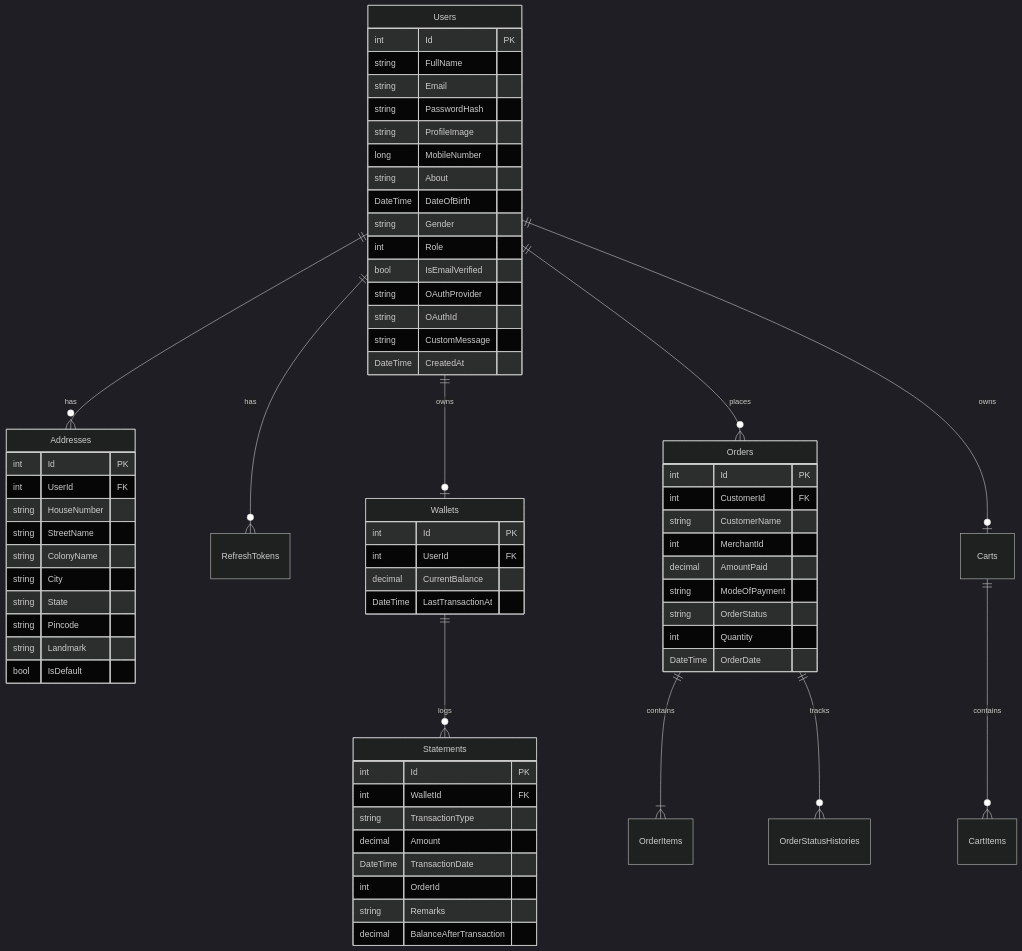
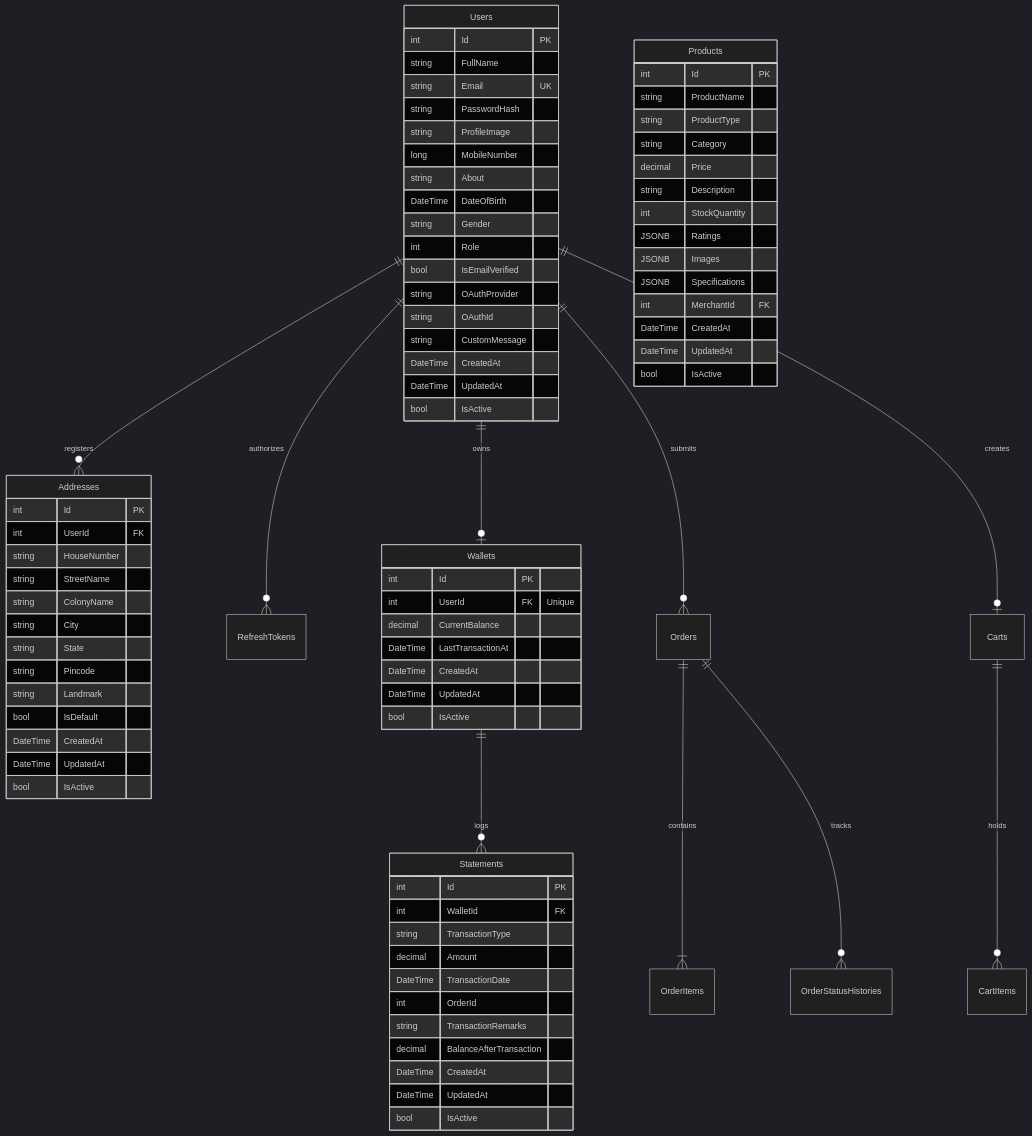
The second of 6 diagrams in README.md (sankalp7060/Basic-Games), drawn with Mermaid (dark theme) before and after one commit. The commit also changed other lines of this file, not shown here.

````diff
--- a/README.md
+++ b/README.md
@@ -53,19 +52,19 @@
 ```mermaid
 erDiagram
-    Users ||--o{ Addresses : "has"
-    Users ||--o{ RefreshTokens : "has"
+    Users ||--o{ Addresses : "registers"
+    Users ||--o{ RefreshTokens : "authorizes"
     Users ||--o| Wallets : "owns"
     Wallets ||--o{ Statements : "logs"
-    Users ||--o{ Orders : "places"
+    Users ||--o{ Orders : "submits"
     Orders ||--|{ OrderItems : "contains"
     Orders ||--o{ OrderStatusHistories : "tracks"
-    Carts ||--o{ CartItems : "contains"
-    Users ||--o| Carts : "owns"
+    Carts ||--o{ CartItems : "holds"
+    Users ||--o| Carts : "creates"
     
     Users {
         int Id PK
         string FullName
-        string Email
+        string Email UK
         string PasswordHash
         string ProfileImage
         long MobileNumber
@@ -78,6 +77,8 @@
         string OAuthId
         string CustomMessage
         DateTime CreatedAt
+        DateTime UpdatedAt
+        bool IsActive
     }
     
     Addresses {
@@ -91,13 +92,19 @@
         string Pincode
         string Landmark
         bool IsDefault
+        DateTime CreatedAt
+        DateTime UpdatedAt
+        bool IsActive
     }
 
     Wallets {
         int Id PK
-        int UserId FK
+        int UserId FK "Unique"
         decimal CurrentBalance
         DateTime LastTransactionAt
+        DateTime CreatedAt
+        DateTime UpdatedAt
+        bool IsActive
     }
 
     Statements {
@@ -107,19 +114,27 @@
         decimal Amount
         DateTime TransactionDate
         int OrderId
-        string Remarks
+        string TransactionRemarks
         decimal BalanceAfterTransaction
+        DateTime CreatedAt
+        DateTime UpdatedAt
+        bool IsActive
     }
 
-    Orders {
+    Products {
         int Id PK
-        int CustomerId FK
-        string CustomerName
-        int MerchantId
-        decimal AmountPaid
-        string ModeOfPayment
-        string OrderStatus
-        int Quantity
-        DateTime OrderDate
+        string ProductName
+        string ProductType
+        string Category
+        decimal Price
+        string Description
+        int StockQuantity
+        JSONB Ratings
+        JSONB Images
+        JSONB Specifications
+        int MerchantId FK
+        DateTime CreatedAt
+        DateTime UpdatedAt
+        bool IsActive
     }
 ```
````
